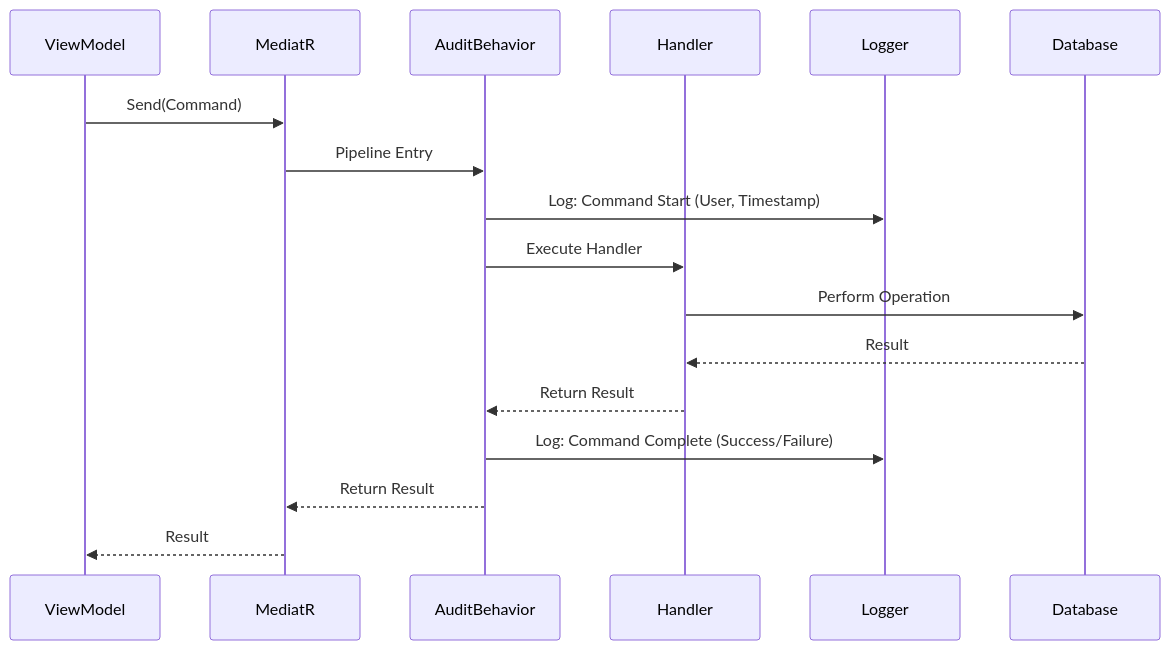
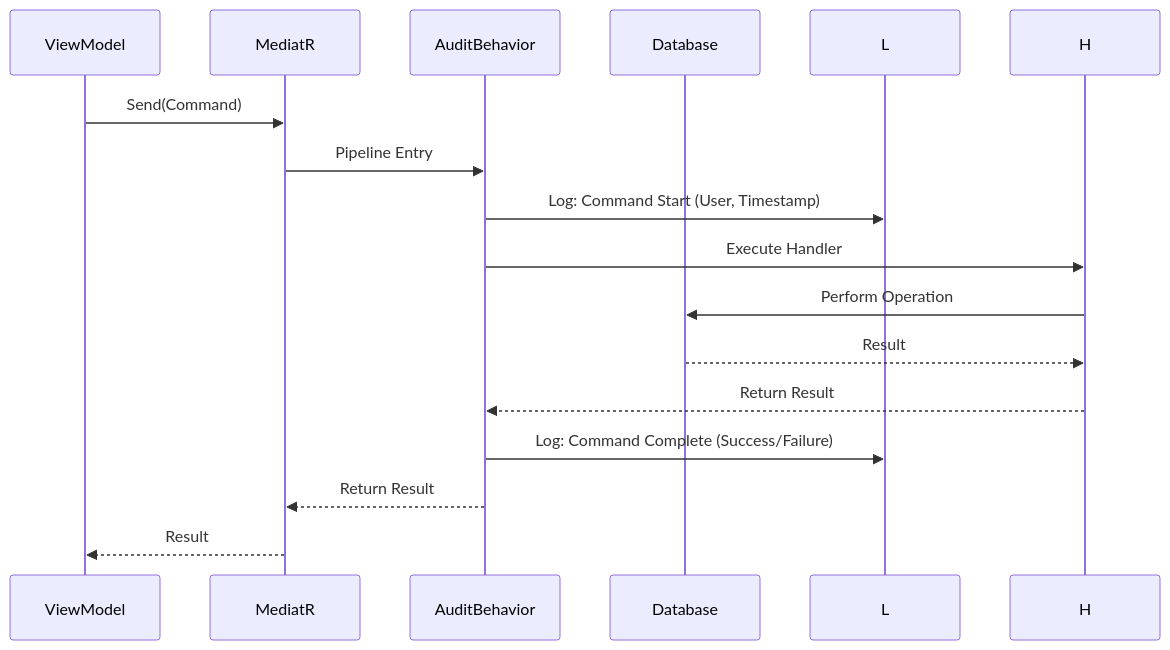
Before and after one commit to JDKoll1982/MTM_Receiving_Application: the fourth of 12 diagrams in Module_Receiving/Preparation/MASTER_PROMPT_SUGGESTIONS_PRINT.md, drawn with Mermaid. The commit also changed other lines of this file and 1 other file, not shown here.

````diff
--- a/Module_Receiving/Preparation/MASTER_PROMPT_SUGGESTIONS_PRINT.md
+++ b/Module_Receiving/Preparation/MASTER_PROMPT_SUGGESTIONS_PRINT.md
@@ -921,20 +868,18 @@
 ```mermaid
 sequenceDiagram
     participant VM as ViewModel
     participant M as MediatR
     participant AB as AuditBehavior
-    participant H as Handler
-    participant L as Logger
     participant DB as Database
 
     VM->>M: Send(Command)
     M->>AB: Pipeline Entry
     AB->>L: Log: Command Start (User, Timestamp)
     AB->>H: Execute Handler
     H->>DB: Perform Operation
     DB-->>H: Result
     H-->>AB: Return Result
     AB->>L: Log: Command Complete (Success/Failure)
     AB-->>M: Return Result
     M-->>VM: Result
 ```
````
